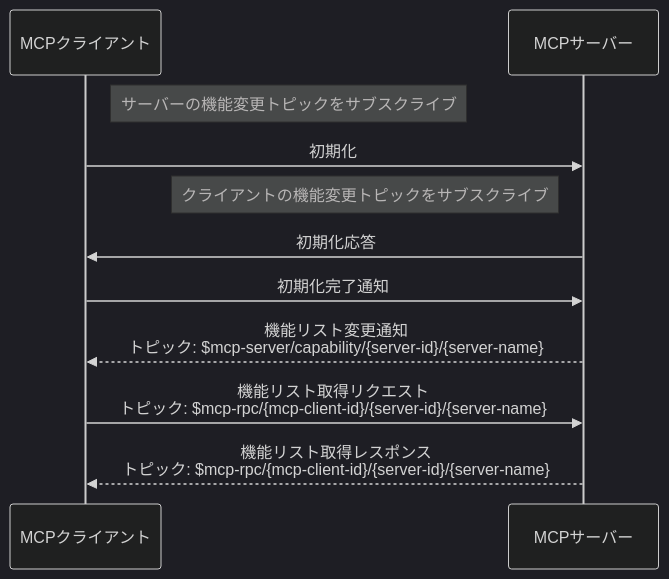
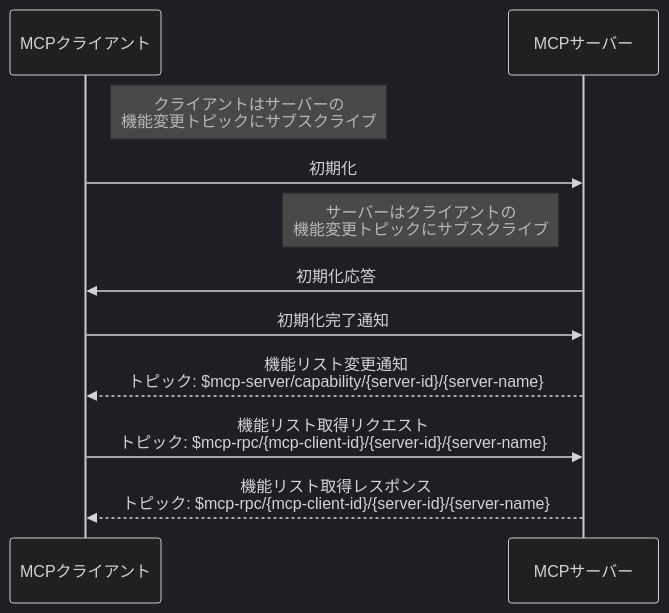
One commit to emqx/emqx-docs changed the third of 4 diagrams in ja_JP/develop/emqx-ai/mcp-over-mqtt/specification.md. Above: the diagram before and after it, drawn with Mermaid (dark theme). The commit also changed other lines of this file and 378 other files, not shown here.

````diff
--- a/ja_JP/develop/emqx-ai/mcp-over-mqtt/specification.md
+++ b/ja_JP/develop/emqx-ai/mcp-over-mqtt/specification.md
@@ -331,18 +331,18 @@
 ```mermaid
 sequenceDiagram
     participant MCP_Client as MCPクライアント
     participant MCP_Server as MCPサーバー
 
-    Note right of MCP_Client: サーバーの機能変更トピックをサブスクライブ
+    Note right of MCP_Client: クライアントはサーバーの<br/>機能変更トピックにサブスクライブ
     MCP_Client ->> MCP_Server: 初期化
 
-    Note left of MCP_Server: クライアントの機能変更トピックをサブスクライブ
+    Note left of MCP_Server: サーバーはクライアントの<br/>機能変更トピックにサブスクライブ
     MCP_Server ->> MCP_Client: 初期化応答
     MCP_Client ->> MCP_Server: 初期化完了通知
 
     MCP_Server -->> MCP_Client: 機能リスト変更通知<br/>トピック: $mcp-server/capability/{server-id}/{server-name}
 
     MCP_Client ->> MCP_Server: 機能リスト取得リクエスト<br/>トピック: $mcp-rpc/{mcp-client-id}/{server-id}/{server-name}
 
     MCP_Server -->> MCP_Client: 機能リスト取得レスポンス<br/>トピック: $mcp-rpc/{mcp-client-id}/{server-id}/{server-name}
 ```
````
